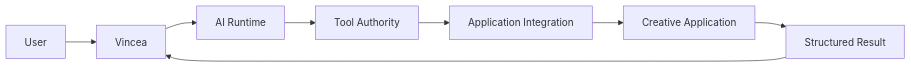
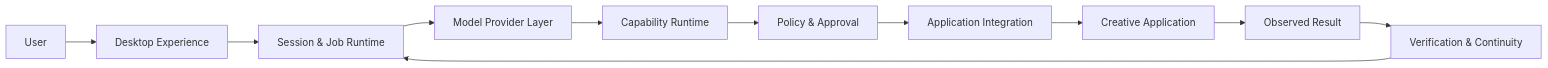
One commit to Pelag-Michael/open-vincea changed the diagram in README.md. Above: the diagram before and after it, drawn with Mermaid. The commit also changed other lines of this file and 33 other files, not shown here.

````diff
--- a/README.md
+++ b/README.md
@@ -17,10 +24,13 @@
 ```mermaid
 flowchart LR
-    U[User] --> V[Vincea]
-    V --> R[AI Runtime]
-    R --> T[Tool Authority]
-    T --> I[Application Integration]
+    U[User] --> UI[Desktop Experience]
+    UI --> J[Session & Job Runtime]
+    J --> M[Model Provider Layer]
+    M --> C[Capability Runtime]
+    C --> P[Policy & Approval]
+    P --> I[Application Integration]
     I --> A[Creative Application]
-    A --> X[Structured Result]
-    X --> V
+    A --> R[Observed Result]
+    R --> V[Verification & Continuity]
+    V --> J
 ```
````
